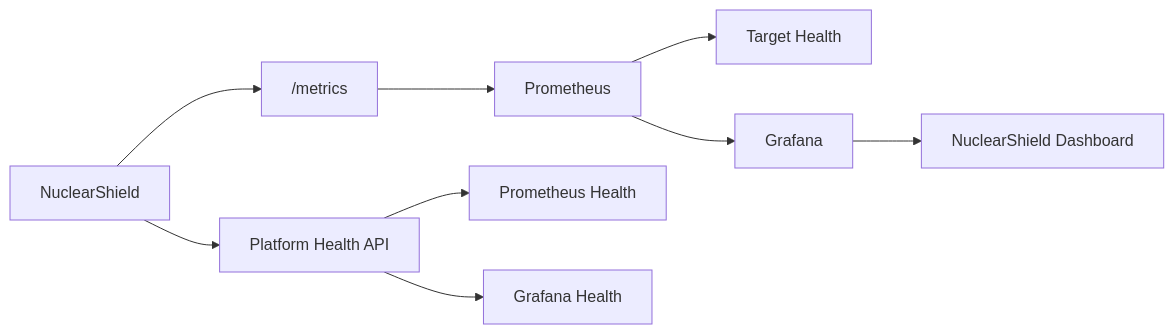
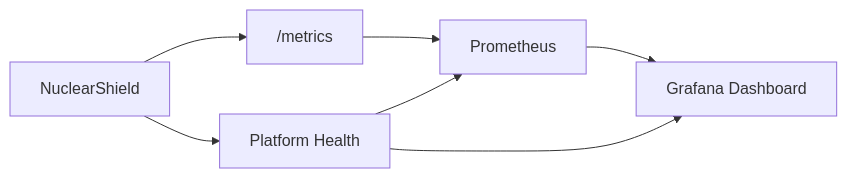
Before and after one commit to ruveeha33/NuclearShield: the fourth of 6 diagrams in README.md, drawn with Mermaid. The commit also changed other lines of this file, not shown here.

````diff
--- a/README.md
+++ b/README.md
@@ -544,17 +492,10 @@
 ```mermaid
 flowchart LR
+    NS["NuclearShield"] --> MET["/metrics"]
+    MET --> PROM["Prometheus"]
+    PROM --> GRAF["Grafana Dashboard"]
 
-    NS["NuclearShield"] --> METRICS["/metrics"]
-
-    METRICS --> PROM["Prometheus"]
-
-    PROM --> TARGETS["Target Health"]
-    PROM --> GRAF["Grafana"]
-
-    GRAF --> DASH["NuclearShield Dashboard"]
-
-    NS --> STATUS["Platform Health API"]
-
-    STATUS --> PHEALTH["Prometheus Health"]
-    STATUS --> GHEALTH["Grafana Health"]
+    NS --> HEALTH["Platform Health"]
+    HEALTH --> PROM
+    HEALTH --> GRAF
 ```
````
